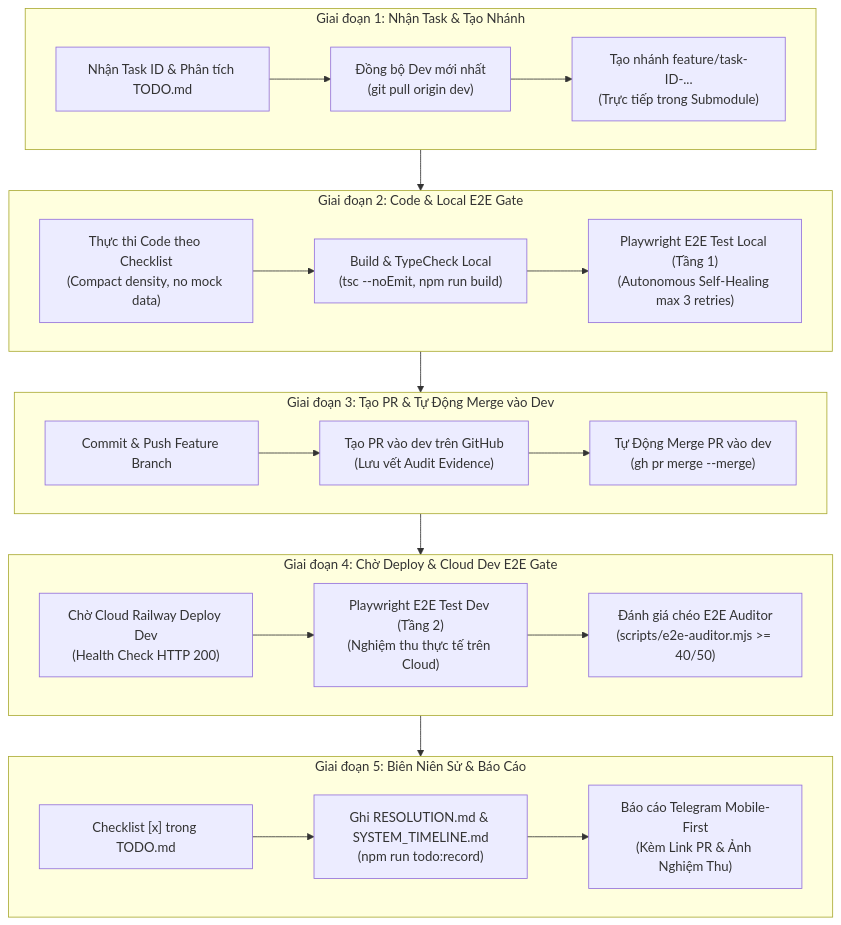
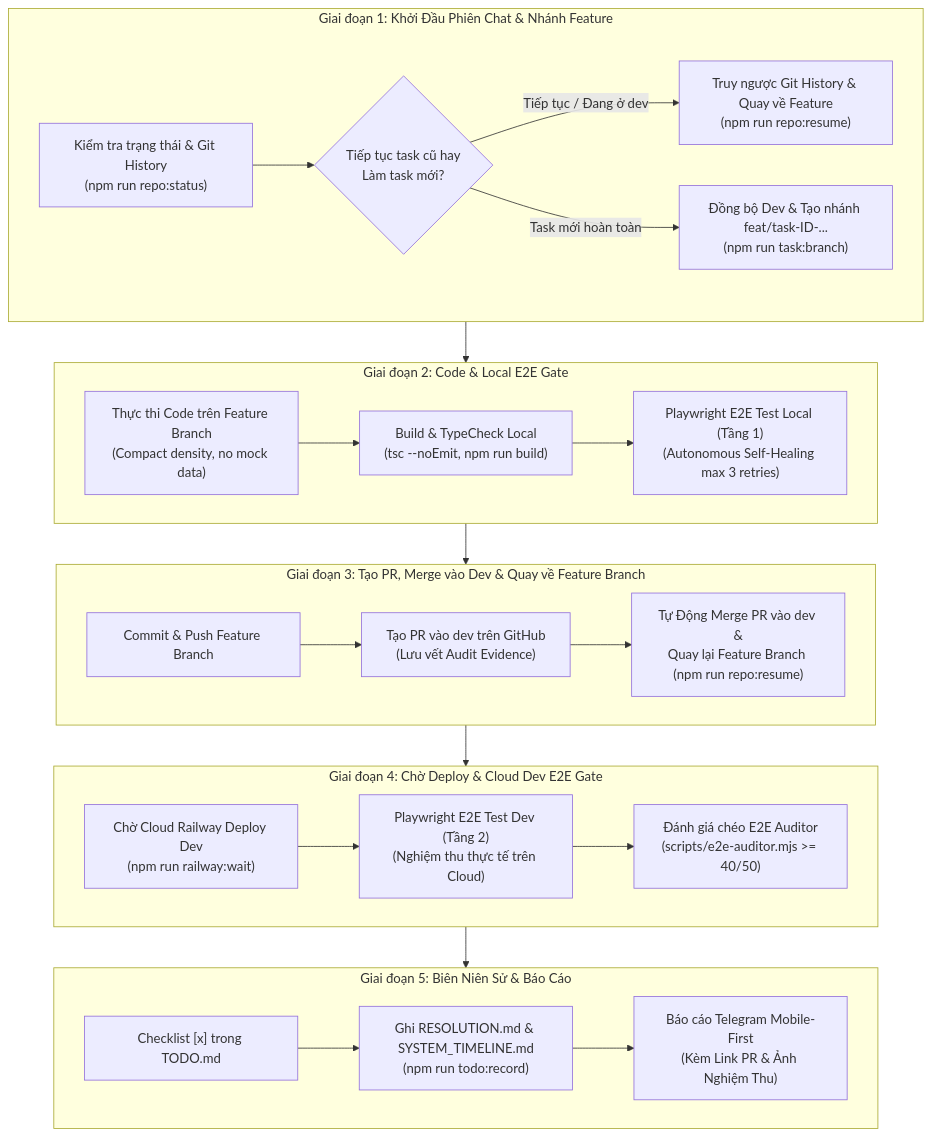
The diagram in .agents/rules/github-task-workflow.md (lyquangthai1993/logistics-website), drawn with Mermaid before and after one commit. The commit also changed other lines of this file and 21 other files, not shown here.

Commit message:
chore(repo): commit handoffs, git workflow guards, and sync backend/frontend submodule pointers

````diff
--- a/.agents/rules/github-task-workflow.md
+++ b/.agents/rules/github-task-workflow.md
@@ -139,29 +108,30 @@
 ```mermaid
 flowchart TD
-    subgraph S1["Giai đoạn 1: Nhận Task & Tạo Nhánh"]
-        A1["Nhận Task ID & Phân tích TODO.md"] --> A2["Đồng bộ Dev mới nhất<br>(git pull origin dev)"]
-        A2 --> A3["Tạo nhánh feature/task-ID-...<br>(Trực tiếp trong Submodule)"]
+    subgraph S1["Giai đoạn 1: Khởi Đầu Phiên Chat & Nhánh Feature"]
+        A0["Kiểm tra trạng thái & Git History<br>(npm run repo:status)"] --> A1{"Tiếp tục task cũ hay<br>Làm task mới?"}
+        A1 -->|Tiếp tục / Đang ở dev| A2R["Truy ngược Git History & Quay về Feature<br>(npm run repo:resume)"]
+        A1 -->|Task mới hoàn toàn| A2["Đồng bộ Dev & Tạo nhánh feat/task-ID-...<br>(npm run task:branch)"]
     end
 
     subgraph S2["Giai đoạn 2: Code & Local E2E Gate"]
-        B1["Thực thi Code theo Checklist<br>(Compact density, no mock data)"] --> B2["Build & TypeCheck Local<br>(tsc --noEmit, npm run build)"]
+        B1["Thực thi Code trên Feature Branch<br>(Compact density, no mock data)"] --> B2["Build & TypeCheck Local<br>(tsc --noEmit, npm run build)"]
         B2 --> B3["Playwright E2E Test Local (Tầng 1)<br>(Autonomous Self-Healing max 3 retries)"]
     end
 
-    subgraph S3["Giai đoạn 3: Tạo PR & Tự Động Merge vào Dev"]
+    subgraph S3["Giai đoạn 3: Tạo PR, Merge vào Dev & Quay về Feature Branch"]
         C1["Commit & Push Feature Branch"] --> C2["Tạo PR vào dev trên GitHub<br>(Lưu vết Audit Evidence)"]
-        C2 --> C3["Tự Động Merge PR vào dev<br>(gh pr merge --merge)"]
+        C2 --> C3["Tự Động Merge PR vào dev &<br>Quay lại Feature Branch (npm run repo:resume)"]
     end
 
     subgraph S4["Giai đoạn 4: Chờ Deploy & Cloud Dev E2E Gate"]
-        D1["Chờ Cloud Railway Deploy Dev<br>(Health Check HTTP 200)"] --> D2["Playwright E2E Test Dev (Tầng 2)<br>(Nghiệm thu thực tế trên Cloud)"]
+        D1["Chờ Cloud Railway Deploy Dev<br>(npm run railway:wait)"] --> D2["Playwright E2E Test Dev (Tầng 2)<br>(Nghiệm thu thực tế trên Cloud)"]
         D2 --> D3["Đánh giá chéo E2E Auditor<br>(scripts/e2e-auditor.mjs >= 40/50)"]
     end
 
     subgraph S5["Giai đoạn 5: Biên Niên Sử & Báo Cáo"]
         E1["Checklist [x] trong TODO.md"] --> E2["Ghi RESOLUTION.md & SYSTEM_TIMELINE.md<br>(npm run todo:record)"]
         E2 --> E3["Báo cáo Telegram Mobile-First<br>(Kèm Link PR & Ảnh Nghiệm Thu)"]
     end
 
     S1 --> S2 --> S3 --> S4 --> S5
 ```
````
